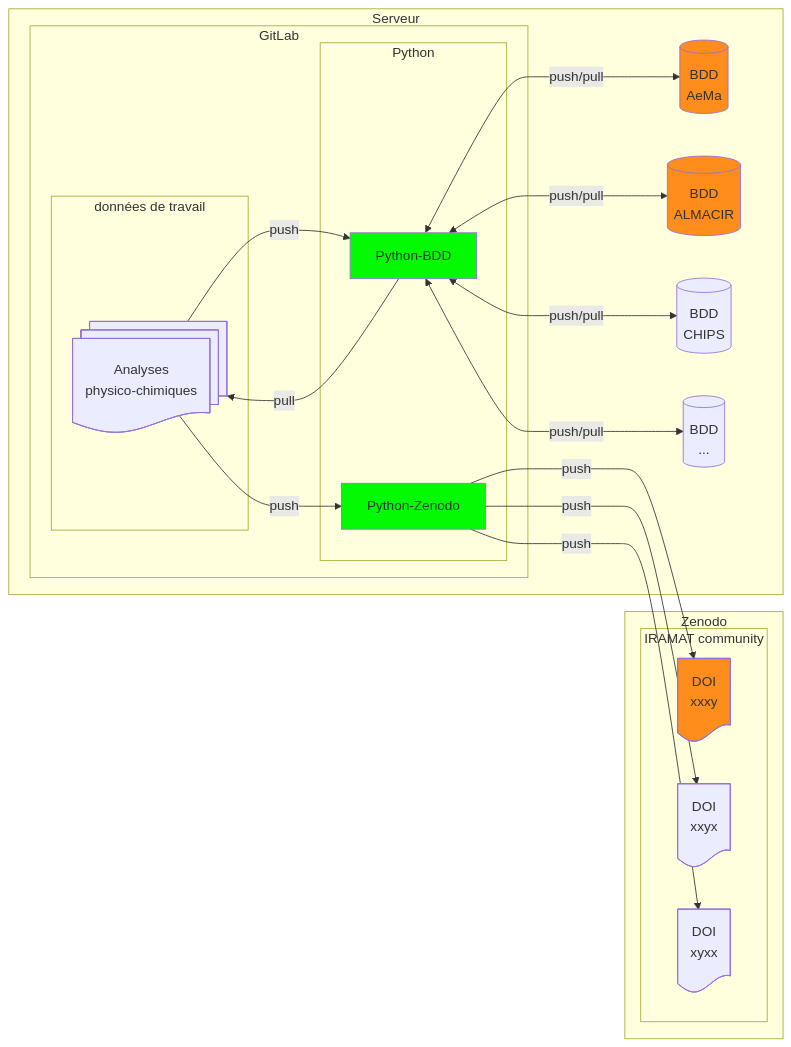
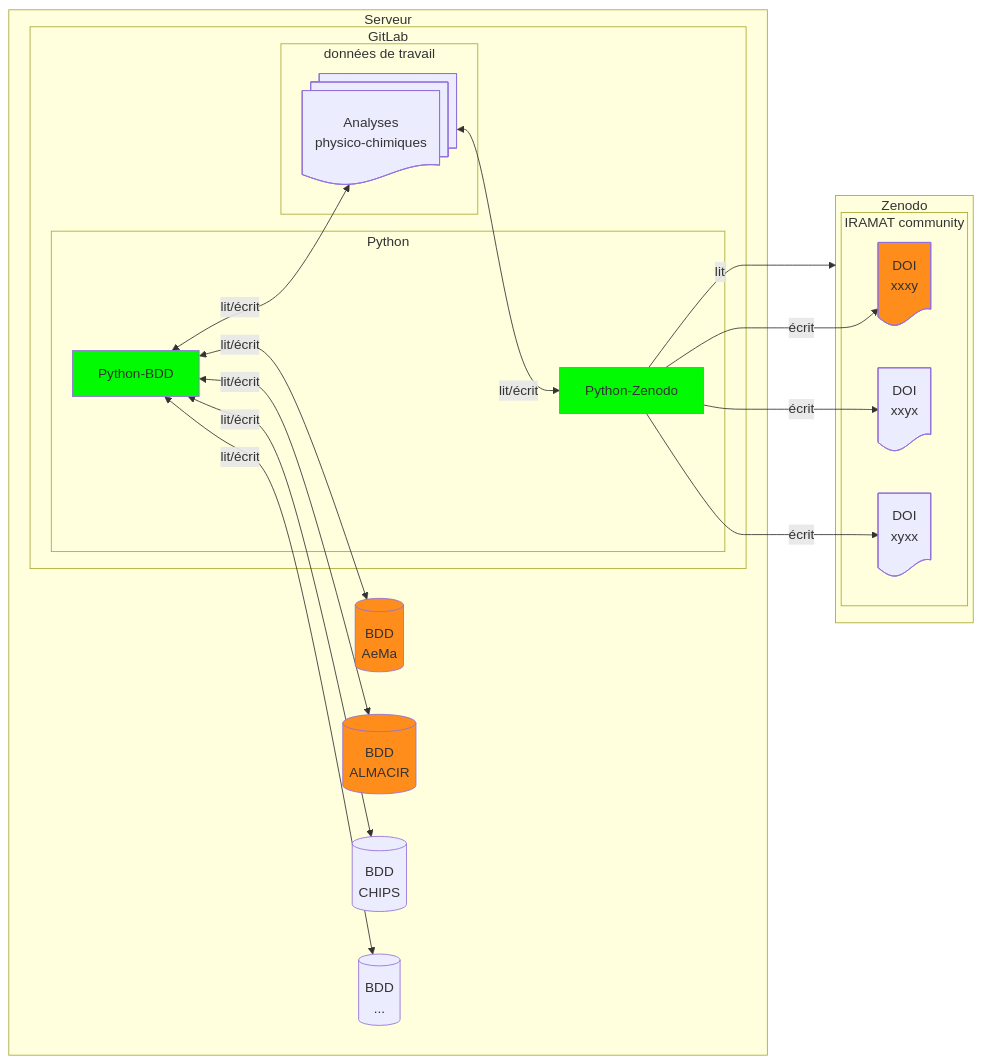
Before and after one commit to iramat/iramat-dev: the diagram in dbs/README.md, drawn with Mermaid. The commit also changed other lines of this file, not shown here.

````diff
--- a/dbs/README.md
+++ b/dbs/README.md
@@ -3,35 +3,36 @@
 ```mermaid
 flowchart LR
 subgraph Serveur
     subgraph GitLab
         subgraph données de travail
             A@{ shape: docs, label: "Analyses<br>physico-chimiques" }
         end
         subgraph Python
             Z@{ procs: docs, label: "Python-BDD" }
             ZZ@{ procs: docs, label: "Python-Zenodo" }
         end
     end
-    Z -- pull --> A;
-    A -- push --> Z;
-    A -- push --> ZZ;
-    Z <-- push/pull --> B[(BDD<br>AeMa)];
-    Z <-- push/pull --> H[(BDD<br>ALMACIR)];
-    Z <-- push/pull --> C[(BDD<br>CHIPS)];
-    Z <-- push/pull --> D[(BDD<br>...)];
+    Z <-- lit/écrit --> A;
+    Z <-- lit/écrit --> B[(BDD<br>AeMa)];
+    Z <-- lit/écrit --> H[(BDD<br>ALMACIR)];
+    Z <-- lit/écrit --> C[(BDD<br>CHIPS)];
+    Z <-- lit/écrit --> D[(BDD<br>...)];
+    A <-- lit/écrit --> ZZ;
 end
 subgraph Zenodo
     subgraph IRAMAT community
-        ZZ -- push --> E@{ shape: doc, label: "DOI<br>xxxy" }
-        ZZ -- push --> F@{ shape: doc, label: "DOI<br>xxyx" }
-        ZZ -- push --> G@{ shape: doc, label: "DOI<br>xyxx" }
+        ZZ -- écrit --> E@{ shape: doc, label: "DOI<br>xxxy" }
+        ZZ -- écrit --> F@{ shape: doc, label: "DOI<br>xxyx" }
+        ZZ -- écrit --> G@{ shape: doc, label: "DOI<br>xyxx" }
     end
 end
+ZZ -- lit --> Zenodo
+
 
 click A "https://github.com/zoometh/iramat-test/blob/main/dbs/analysis_results.tsv" _blank
 style Z fill:#02fa02
 style ZZ fill:#02fa02
 style B fill:#FF8D1B
 style H fill:#FF8D1B
 style E fill:#FF8D1B
 ```
````
